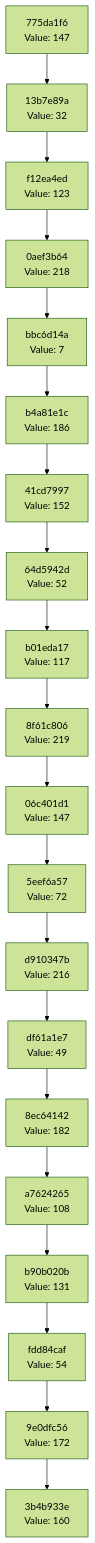
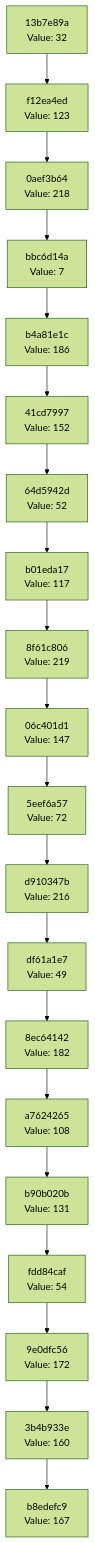
Before and after one commit to Abhisheksinha1506/hash-chain-evolver: the diagram in docs/CHAIN_VISUALIZATION.md, drawn with Mermaid (forest theme). The commit also changed 2 other files, not shown here.

Commit message:
Evolution Step

````diff
--- a/docs/CHAIN_VISUALIZATION.md
+++ b/docs/CHAIN_VISUALIZATION.md
@@ -3,42 +3,42 @@
 ```mermaid
 graph TD
-    C0["3b4b933e<br/>Value: 160"]
-    C1["9e0dfc56<br/>Value: 172"]
+    C0["b8edefc9<br/>Value: 167"]
+    C1["3b4b933e<br/>Value: 160"]
     C1 --> C0
-    C2["fdd84caf<br/>Value: 54"]
+    C2["9e0dfc56<br/>Value: 172"]
     C2 --> C1
-    C3["b90b020b<br/>Value: 131"]
+    C3["fdd84caf<br/>Value: 54"]
     C3 --> C2
-    C4["a7624265<br/>Value: 108"]
+    C4["b90b020b<br/>Value: 131"]
     C4 --> C3
-    C5["8ec64142<br/>Value: 182"]
+    C5["a7624265<br/>Value: 108"]
     C5 --> C4
-    C6["df61a1e7<br/>Value: 49"]
+    C6["8ec64142<br/>Value: 182"]
     C6 --> C5
-    C7["d910347b<br/>Value: 216"]
+    C7["df61a1e7<br/>Value: 49"]
     C7 --> C6
-    C8["5eef6a57<br/>Value: 72"]
+    C8["d910347b<br/>Value: 216"]
     C8 --> C7
-    C9["06c401d1<br/>Value: 147"]
+    C9["5eef6a57<br/>Value: 72"]
     C9 --> C8
-    C10["8f61c806<br/>Value: 219"]
+    C10["06c401d1<br/>Value: 147"]
     C10 --> C9
-    C11["b01eda17<br/>Value: 117"]
+    C11["8f61c806<br/>Value: 219"]
     C11 --> C10
-    C12["64d5942d<br/>Value: 52"]
+    C12["b01eda17<br/>Value: 117"]
     C12 --> C11
-    C13["41cd7997<br/>Value: 152"]
+    C13["64d5942d<br/>Value: 52"]
     C13 --> C12
-    C14["b4a81e1c<br/>Value: 186"]
+    C14["41cd7997<br/>Value: 152"]
     C14 --> C13
-    C15["bbc6d14a<br/>Value: 7"]
+    C15["b4a81e1c<br/>Value: 186"]
     C15 --> C14
-    C16["0aef3b64<br/>Value: 218"]
+    C16["bbc6d14a<br/>Value: 7"]
     C16 --> C15
-    C17["f12ea4ed<br/>Value: 123"]
+    C17["0aef3b64<br/>Value: 218"]
     C17 --> C16
-    C18["13b7e89a<br/>Value: 32"]
+    C18["f12ea4ed<br/>Value: 123"]
     C18 --> C17
-    C19["775da1f6<br/>Value: 147"]
+    C19["13b7e89a<br/>Value: 32"]
     C19 --> C18
 ```
````
